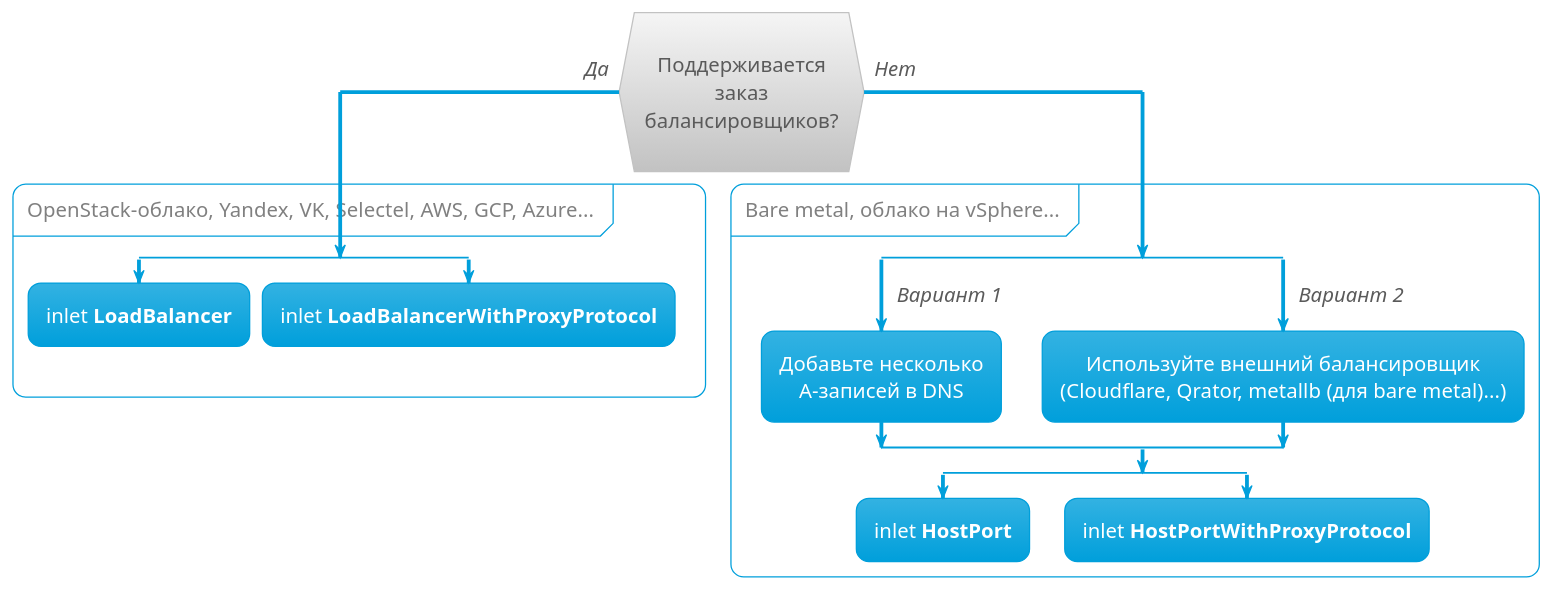
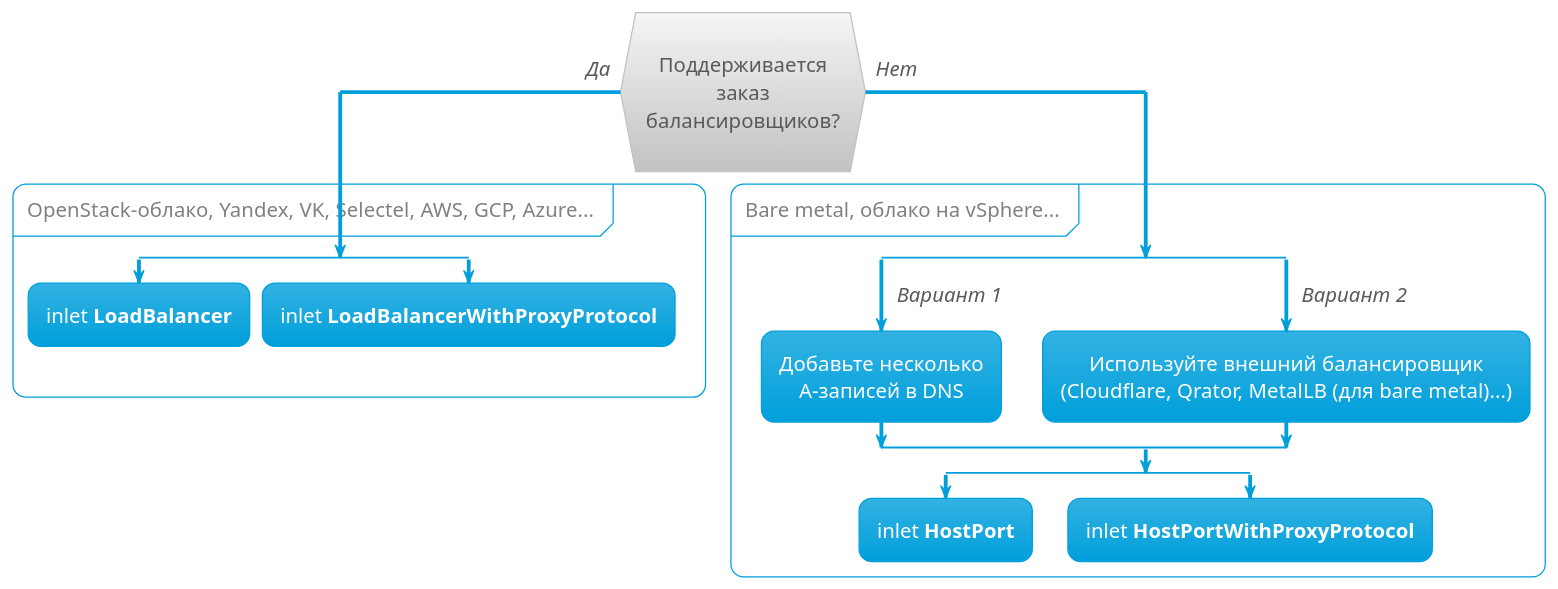
One commit to deckhouse/deckhouse changed the diagram in docs/site/pages/guides/ingress-inlet-ru.puml. Above: the diagram before and after it, drawn with PlantUML. The commit also changed 2 other files, not shown here.

```diff
--- a/docs/site/pages/guides/ingress-inlet-ru.puml
+++ b/docs/site/pages/guides/ingress-inlet-ru.puml
@@ -1,41 +1,41 @@
 @startuml
 
 !theme bluegray
 skinparam DefaultFontSize 16
 skinparam handwritten false
 skinparam ArrowFontStyle italic
 skinparam DefaultTextAlignment center
 skinparam PartitionFontColor grey
 skinparam backgroundColor transparent
 
 
 if (\nПоддерживается\nзаказ\nбалансировщиков?\n) then (Да)
 partition OpenStack-облако, Yandex, VK, Selectel, AWS, GCP, Azure... {
   split
     :inlet **LoadBalancer**;
      kill
   split again
     :inlet **LoadBalancerWithProxyProtocol**;
     kill
   end split
   }
 else (Нет)
 partition Bare metal, облако на vSphere...{
   split
     ->Вариант 1;
     :Добавьте несколько\nА-записей в DNS;
   split again
     ->Вариант 2;
     :Используйте внешний балансировщик
-    (Cloudflare, Qrator, metallb (для bare metal)...);
+    (Cloudflare, Qrator, MetalLB (для bare metal)...);
   end split
   split
      :inlet **HostPort**;
      kill
   split again
     :inlet **HostPortWithProxyProtocol**;
     kill
   end split
   }
 endif
 @enduml
```
